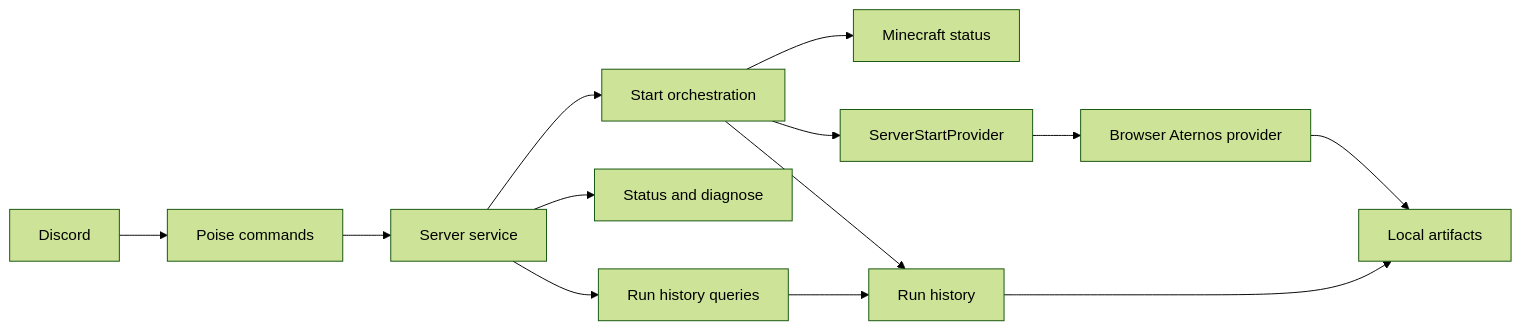
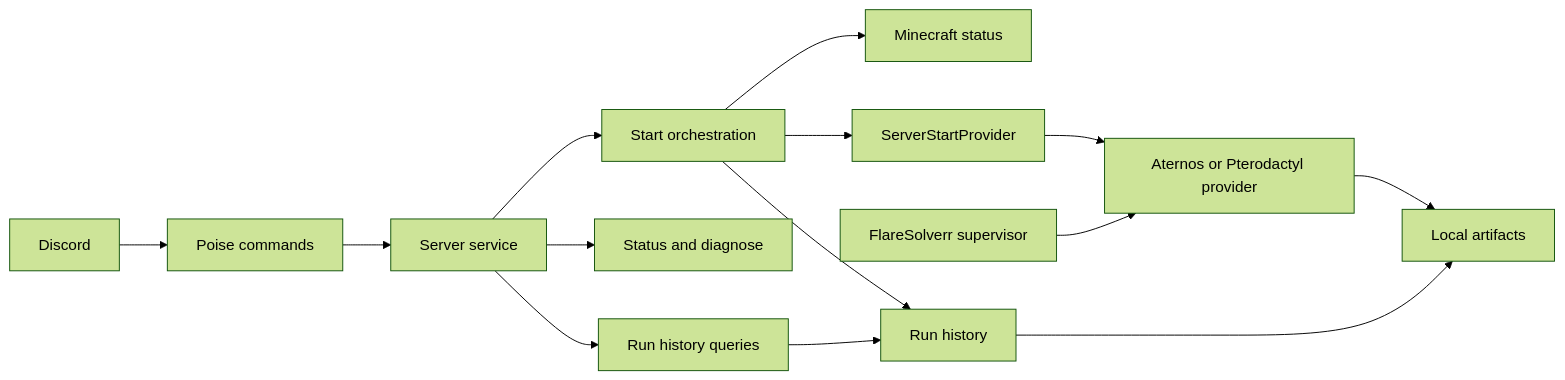
Before and after one commit to germagla/butler_rs: the diagram in README.md, drawn with Mermaid (forest theme). The commit also changed other lines of this file and 21 other files, not shown here.

Commit message:
feat: add Play Hosting provider and FlareSolverr supervision

````diff
--- a/README.md
+++ b/README.md
@@ -38,27 +35,29 @@
 ```mermaid
 flowchart LR
     Discord["Discord"]
     Poise["Poise commands"]
     Service["Server service"]
     Start["Start orchestration"]
     Status["Status and diagnose"]
     Queries["Run history queries"]
     Minecraft["Minecraft status"]
     Provider["ServerStartProvider"]
-    Aternos["Browser Aternos provider"]
+    Providers["Aternos or Pterodactyl provider"]
+    FlareSolverr["FlareSolverr supervisor"]
     History["Run history"]
     Artifacts["Local artifacts"]
 
     Discord --> Poise
     Poise --> Service
     Service --> Start
     Service --> Status
     Service --> Queries
     Start --> Minecraft
     Start --> Provider
-    Provider --> Aternos
-    Aternos --> Artifacts
+    Provider --> Providers
+    Providers --> Artifacts
+    FlareSolverr --> Providers
     Start --> History
     Queries --> History
     History --> Artifacts
 ```
````
